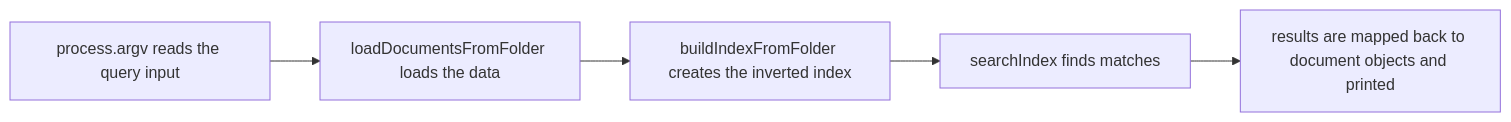
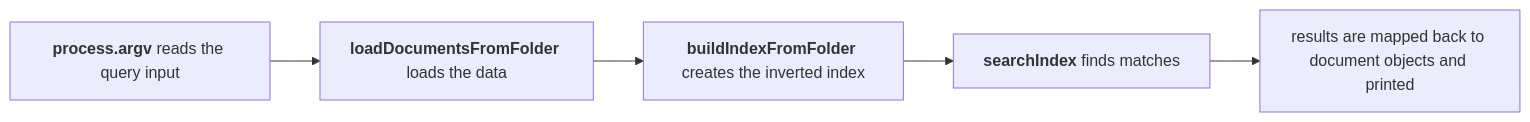
One commit to jmoten212/mini-search-engine changed the diagram in README.md. Above: the diagram before and after it, drawn with Mermaid. The commit also changed other lines of this file and 1 other file, not shown here.

Commit message:
Update to readme with demo

````diff
--- a/README.md
+++ b/README.md
@@ -8,7 +8,7 @@
 ```mermaid
 graph LR
-    A[process.argv reads the query input] --> B[loadDocumentsFromFolder loads the data]
-    B --> C[buildIndexFromFolder creates the inverted index]
-    C --> D[searchIndex finds matches]
+    A["`<b>process.argv</b>`" reads the query input] --> B["`<b>loadDocumentsFromFolder</b>`" loads the data]
+    B --> C["`<b>buildIndexFromFolder</b>`" creates the inverted index]
+    C --> D["`<b>searchIndex</b>`" finds matches]
     D --> E[results are mapped back to document objects and printed]
 ```
````
